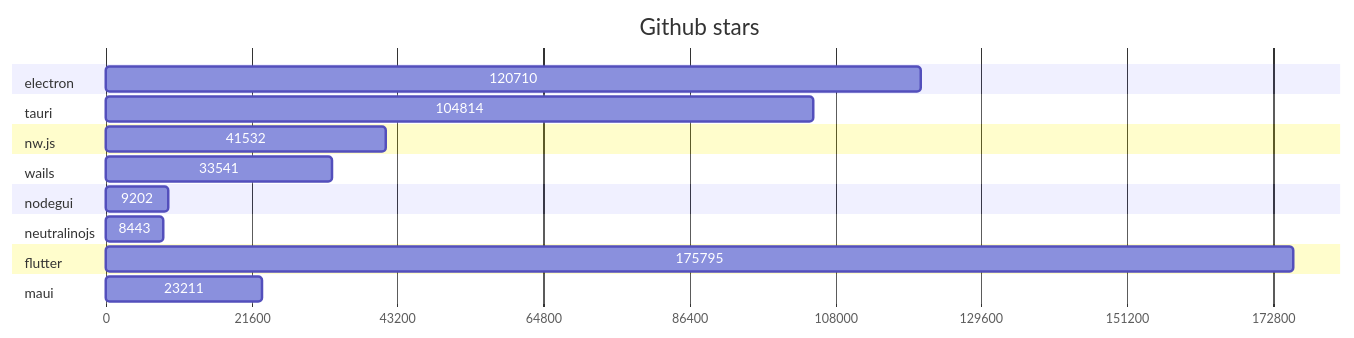
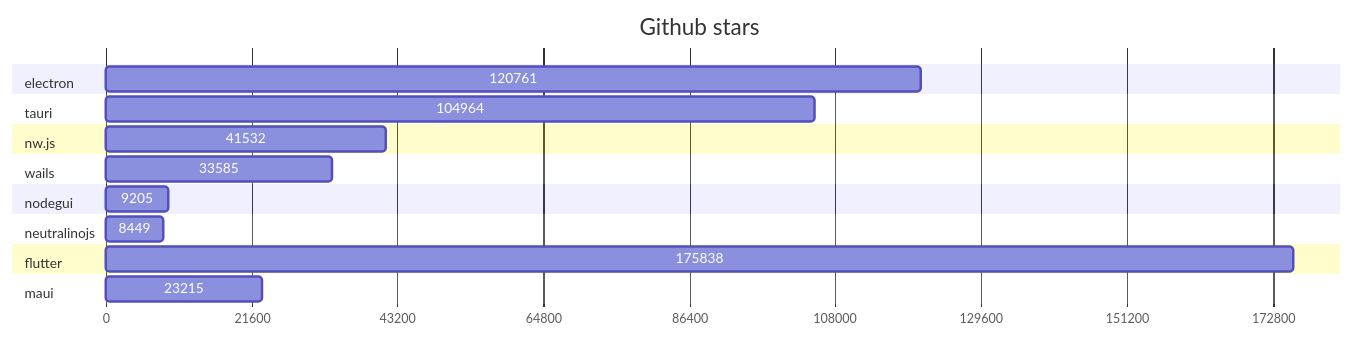
Before and after one commit to vlad-lubenskyi/web-to-desktop-framework-comparison: the first of 2 diagrams in GRAPHS.md, drawn with Mermaid. The commit also changed other lines of this file and 2 other files, not shown here.

Commit message:
Update stars & Fork

````diff
--- a/GRAPHS.md
+++ b/GRAPHS.md
@@ -5,40 +5,40 @@
 ```mermaid
 gantt
     title Github stars
     dateFormat  X
     axisFormat %s
 
 
 	section electron
-	120710 : 0, 120710
+	120761 : 0, 120761
 
 	
 	section tauri
-	104814 : 0, 104814
+	104964 : 0, 104964
 
 	
 	section nw.js
 	41532 : 0, 41532
 
 	
 	section wails
-	33541 : 0, 33541
+	33585 : 0, 33585
 
 	
 	section nodegui
-	9202 : 0, 9202
+	9205 : 0, 9205
 
 	
 	section neutralinojs
-	8443 : 0, 8443
+	8449 : 0, 8449
 
 	
 	section flutter
-	175795 : 0, 175795
+	175838 : 0, 175838
 
 	
 	section maui
-	23211 : 0, 23211
+	23215 : 0, 23215
 
 	
 ```
````
